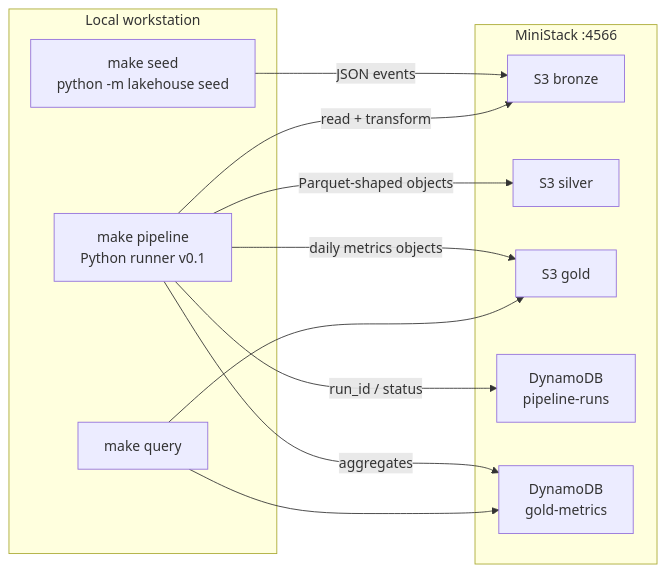
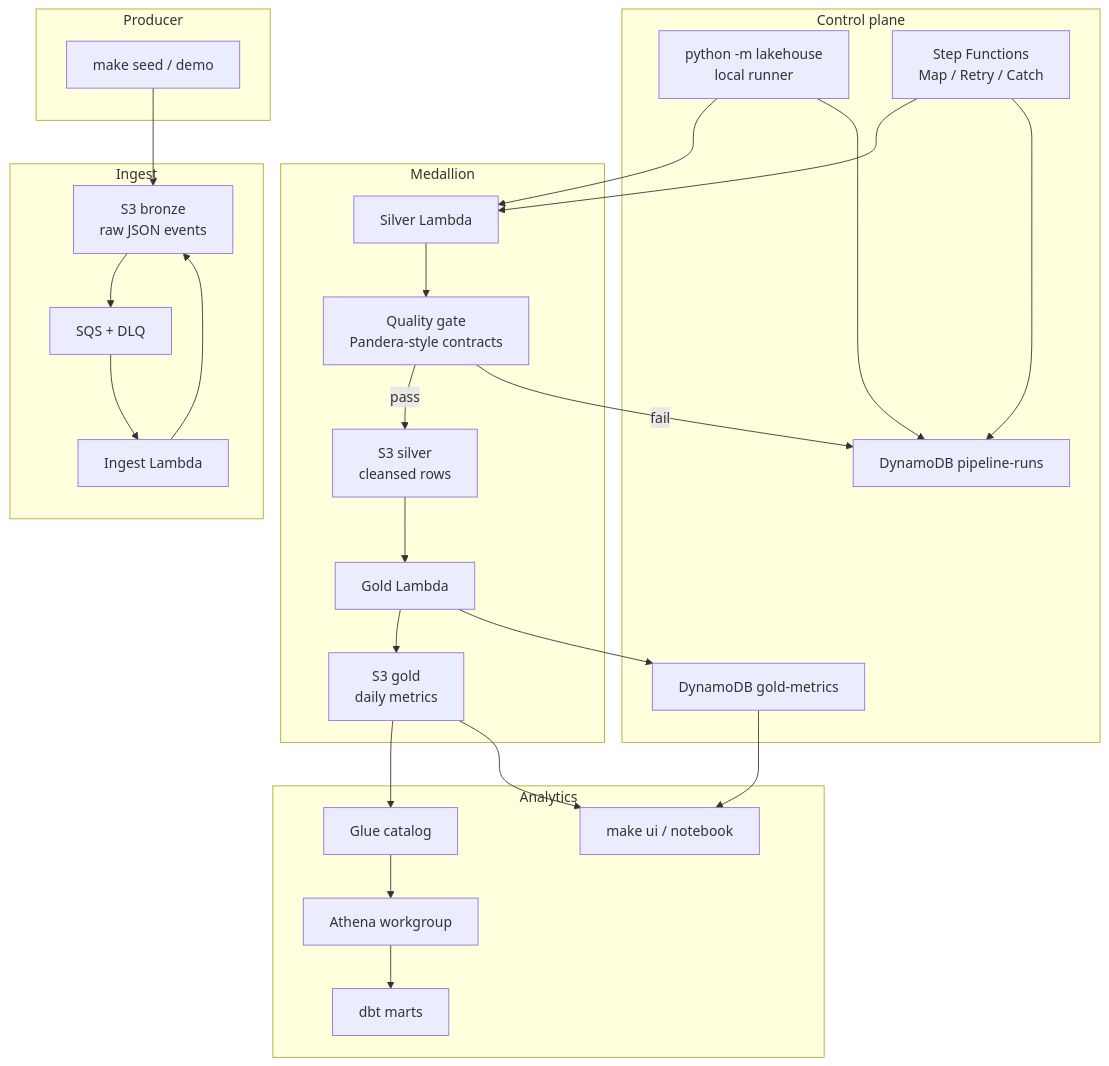
One commit to nuwanda94/data-lakehouse-ministack changed the diagram in README.md. Above: the diagram before and after it, drawn with Mermaid. The commit also changed other lines of this file and 3 other files, not shown here.

Commit message:
docs: polish README with value proposition and architecture diagram

````diff
--- a/README.md
+++ b/README.md
@@ -19,25 +37,49 @@
 ```mermaid
-flowchart LR
-  subgraph local ["Local workstation"]
-    Seed["make seed\npython -m lakehouse seed"]
-    Runner["make pipeline\nPython runner v0.1"]
-    Query["make query"]
+flowchart TB
+  subgraph producer ["Producer"]
+    Seed["make seed / demo"]
   end
 
-  subgraph ministack ["MiniStack :4566"]
-    B["S3 bronze"]
-    S["S3 silver"]
-    G["S3 gold"]
-    Runs["DynamoDB\npipeline-runs"]
-    Metrics["DynamoDB\ngold-metrics"]
+  subgraph ingest ["Ingest"]
+    Bronze["S3 bronze<br/>raw JSON events"]
+    SQS["SQS + DLQ"]
+    IngestL["Ingest Lambda"]
   end
 
-  Seed -->|JSON events| B
-  Runner -->|read + transform| B
-  Runner -->|Parquet-shaped objects| S
-  Runner -->|daily metrics objects| G
-  Runner -->|run_id / status| Runs
-  Runner -->|aggregates| Metrics
-  Query --> G
-  Query --> Metrics
+  subgraph medallion ["Medallion"]
+    SilverL["Silver Lambda"]
+    Gate["Quality gate<br/>Pandera-style contracts"]
+    GoldL["Gold Lambda"]
+    Silver["S3 silver<br/>cleansed rows"]
+    Gold["S3 gold<br/>daily metrics"]
+  end
+
+  subgraph control ["Control plane"]
+    Runner["python -m lakehouse<br/>local runner"]
+    SFN["Step Functions<br/>Map / Retry / Catch"]
+    Runs["DynamoDB pipeline-runs"]
+    MetricsT["DynamoDB gold-metrics"]
+  end
+
+  subgraph analytics ["Analytics"]
+    Glue["Glue catalog"]
+    Athena["Athena workgroup"]
+    Dbt["dbt marts"]
+    UI["make ui / notebook"]
+  end
+
+  Seed --> Bronze
+  Bronze --> SQS --> IngestL --> Bronze
+  Runner --> SilverL
+  SFN --> SilverL
+  SilverL --> Gate
+  Gate -->|pass| Silver
+  Gate -->|fail| Runs
+  Silver --> GoldL --> Gold
+  GoldL --> MetricsT
+  Runner --> Runs
+  SFN --> Runs
+  Gold --> Glue --> Athena --> Dbt
+  Gold --> UI
+  MetricsT --> UI
 ```
````
